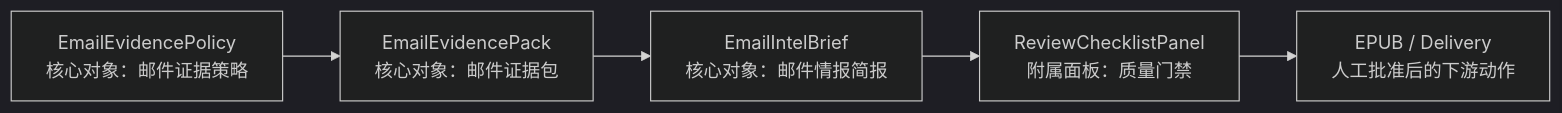
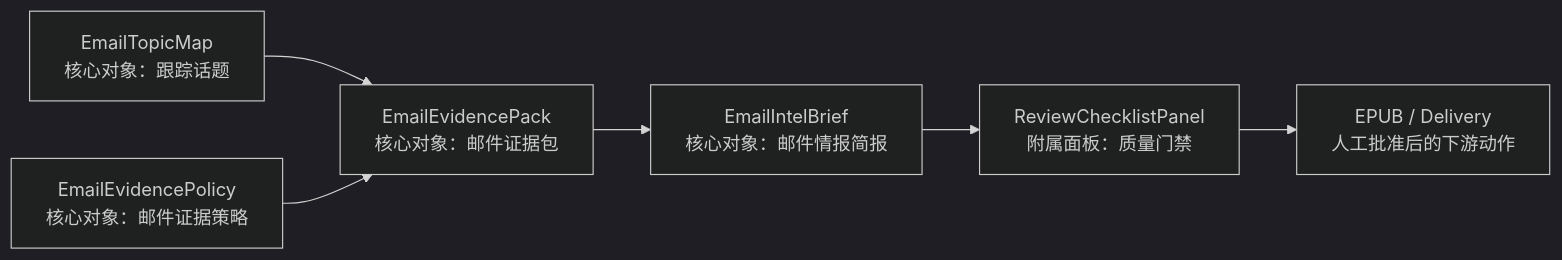
The diagram in plans/podsum-email-summary-master-plan.md (arlishansenn/podsum), drawn with Mermaid (dark theme) before and after one commit. The commit also changed other lines of this file and 9 other files, not shown here.

First line of the commit message:
feat(email): add topic-led evidence workflow

````diff
--- a/plans/podsum-email-summary-master-plan.md
+++ b/plans/podsum-email-summary-master-plan.md
@@ -35,7 +46,8 @@
 ```mermaid
 flowchart LR
-  P["EmailEvidencePolicy<br/>核心对象：邮件证据策略"] --> E["EmailEvidencePack<br/>核心对象：邮件证据包"]
+  T["EmailTopicMap<br/>核心对象：跟踪话题"] --> E["EmailEvidencePack<br/>核心对象：邮件证据包"]
+  P["EmailEvidencePolicy<br/>核心对象：邮件证据策略"] --> E
   E --> B["EmailIntelBrief<br/>核心对象：邮件情报简报"]
   B --> R["ReviewChecklistPanel<br/>附属面板：质量门禁"]
   R --> X["EPUB / Delivery<br/>人工批准后的下游动作"]
 ```
````
